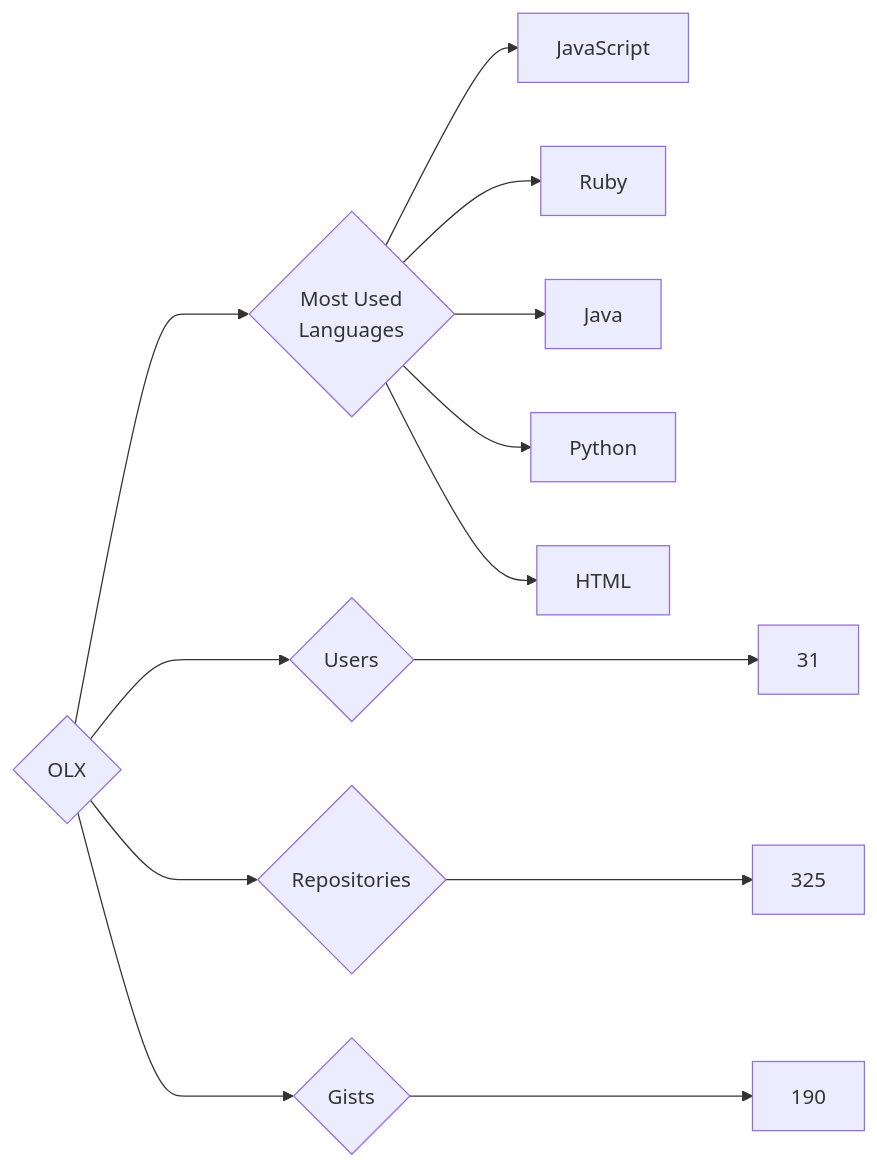
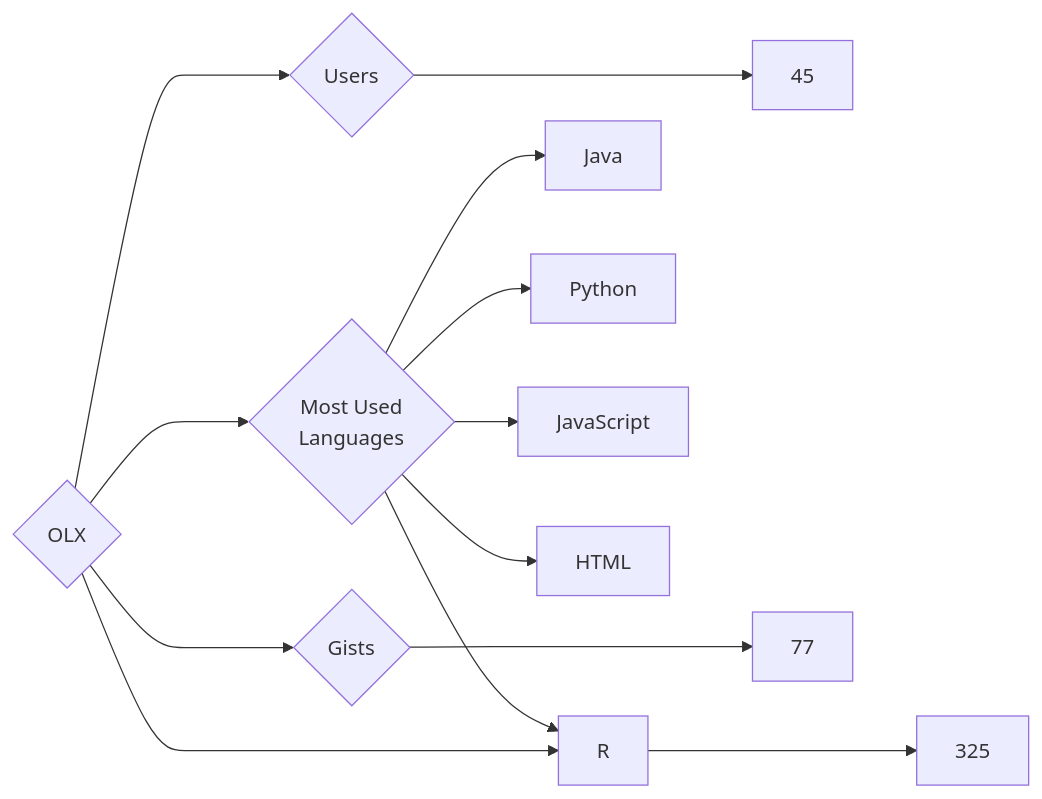
Before and after one commit to trickest/insiders: the diagram in targets/OLX/README.md, drawn with Mermaid. The commit also changed 948 other files, not shown here.

````diff
--- a/targets/OLX/README.md
+++ b/targets/OLX/README.md
@@ -3,13 +3,13 @@
 ```mermaid
 graph LR
 COMPANY_NAME{OLX}
-COMPANY_NAME ---> U{Users} ---> UN[31]
+COMPANY_NAME ---> U{Users} ---> UN[45]
 COMPANY_NAME ---> R{Repositories} ---> RN[325]
-COMPANY_NAME ---> G{Gists} ---> GN[190]
+COMPANY_NAME ---> G{Gists} ---> GN[77]
 COMPANY_NAME ---> ML{Most Used<br>Languages}
-ML --> JavaScript[JavaScript]
-ML --> Ruby[Ruby]
 ML --> Java[Java]
 ML --> Python[Python]
+ML --> JavaScript[JavaScript]
 ML --> HTML[HTML]
+ML --> R[R]
 ```
````
